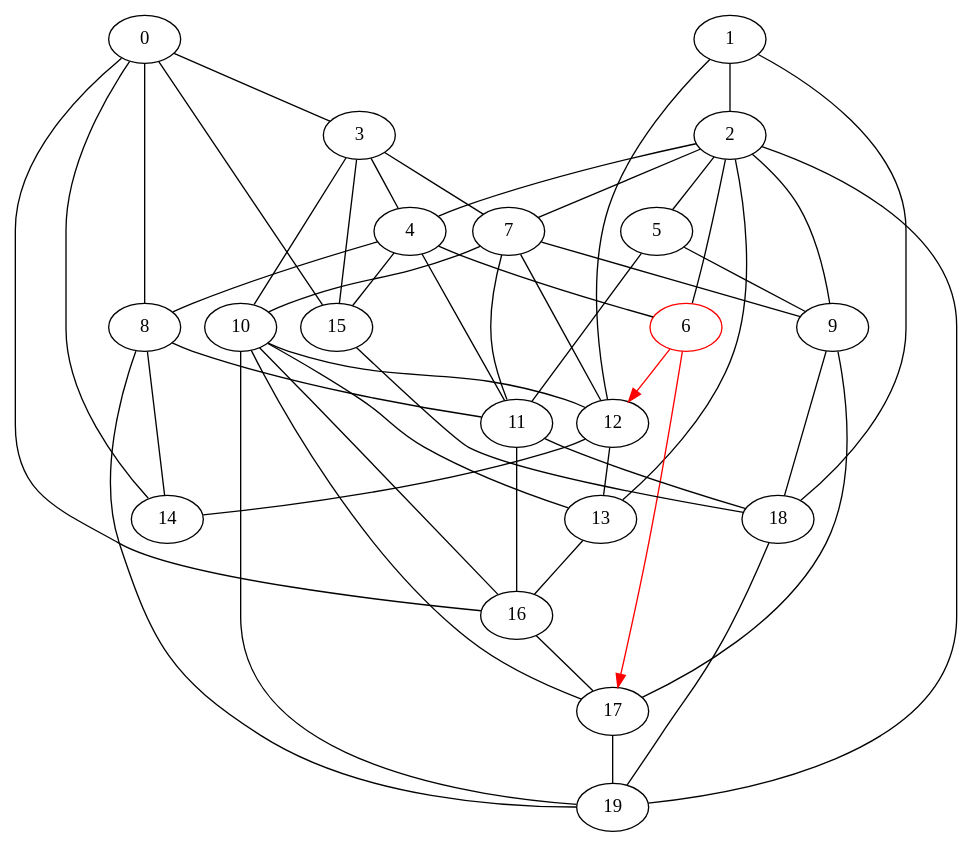
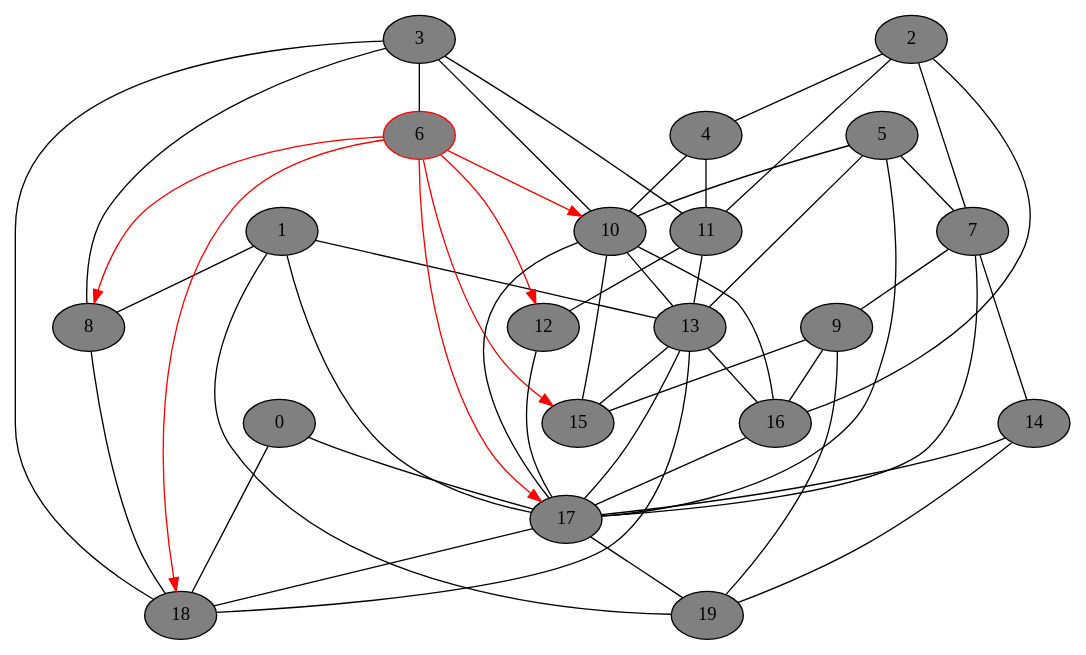
The diagram in gv_graphs/nxt0074.dot (DSMishler/EBA_models), drawn with Graphviz before and after one commit. The commit also changed 1043 other files, not shown here.

Commit message:
second set of graphs

```diff
--- a/gv_graphs/nxt0074.dot
+++ b/gv_graphs/nxt0074.dot
@@ -1,74 +1,74 @@
 // network test graph
 digraph
 {
-	0 [fillcolor=gray,style=shaded,]
-	1 [fillcolor=gray,style=shaded,]
-	2 [fillcolor=gray,style=shaded,]
-	3 [fillcolor=gray,style=shaded,]
-	4 [fillcolor=gray,style=shaded,]
-	5 [fillcolor=gray,style=shaded,]
-	6 [fillcolor=gray,style=shaded,color=red,]
-	7 [fillcolor=gray,style=shaded,]
-	8 [fillcolor=gray,style=shaded,]
-	9 [fillcolor=gray,style=shaded,]
-	10 [fillcolor=gray,style=shaded,]
-	11 [fillcolor=gray,style=shaded,]
-	12 [fillcolor=gray,style=shaded,]
-	13 [fillcolor=gray,style=shaded,]
-	14 [fillcolor=gray,style=shaded,]
-	15 [fillcolor=gray,style=shaded,]
-	16 [fillcolor=gray,style=shaded,]
-	17 [fillcolor=gray,style=shaded,]
-	18 [fillcolor=gray,style=shaded,]
-	19 [fillcolor=gray,style=shaded,]
-	0 -> 3 [dir=none]
-	0 -> 8 [dir=none]
-	0 -> 14 [dir=none]
-	0 -> 15 [dir=none]
-	0 -> 16 [dir=none]
-	1 -> 2 [dir=none]
-	1 -> 12 [dir=none]
-	1 -> 18 [dir=none]
+	0 [fillcolor=gray,style=filled,]
+	1 [fillcolor=gray,style=filled,]
+	2 [fillcolor=gray,style=filled,]
+	3 [fillcolor=gray,style=filled,]
+	4 [fillcolor=gray,style=filled,]
+	5 [fillcolor=gray,style=filled,]
+	6 [fillcolor=gray,style=filled,color=red,]
+	7 [fillcolor=gray,style=filled,]
+	8 [fillcolor=gray,style=filled,]
+	9 [fillcolor=gray,style=filled,]
+	10 [fillcolor=gray,style=filled,]
+	11 [fillcolor=gray,style=filled,]
+	12 [fillcolor=gray,style=filled,]
+	13 [fillcolor=gray,style=filled,]
+	14 [fillcolor=gray,style=filled,]
+	15 [fillcolor=gray,style=filled,]
+	16 [fillcolor=gray,style=filled,]
+	17 [fillcolor=gray,style=filled,]
+	18 [fillcolor=gray,style=filled,]
+	19 [fillcolor=gray,style=filled,]
+	0 -> 17 [dir=none]
+	0 -> 18 [dir=none]
+	1 -> 8 [dir=none]
+	1 -> 13 [dir=none]
+	1 -> 17 [dir=none]
+	1 -> 19 [dir=none]
 	2 -> 4 [dir=none]
-	2 -> 5 [dir=none]
-	2 -> 6 [dir=none]
 	2 -> 7 [dir=none]
-	2 -> 9 [dir=none]
-	2 -> 13 [dir=none]
-	2 -> 19 [dir=none]
-	3 -> 4 [dir=none]
-	3 -> 7 [dir=none]
+	2 -> 11 [dir=none]
+	2 -> 16 [dir=none]
+	3 -> 6 [dir=none]
+	3 -> 8 [dir=none]
 	3 -> 10 [dir=none]
-	3 -> 15 [dir=none]
-	4 -> 6 [dir=none]
-	4 -> 8 [dir=none]
+	3 -> 11 [dir=none]
+	3 -> 18 [dir=none]
+	4 -> 10 [dir=none]
 	4 -> 11 [dir=none]
-	4 -> 15 [dir=none]
-	5 -> 9 [dir=none]
-	5 -> 11 [dir=none]
+	5 -> 7 [dir=none]
+	5 -> 10 [dir=none]
+	5 -> 13 [dir=none]
+	5 -> 17 [dir=none]
+	6 -> 8 [dir=forward,color=red,]
+	6 -> 10 [dir=forward,color=red,]
 	6 -> 12 [dir=forward,color=red,]
+	6 -> 15 [dir=forward,color=red,]
 	6 -> 17 [dir=forward,color=red,]
+	6 -> 18 [dir=forward,color=red,]
 	7 -> 9 [dir=none]
-	7 -> 10 [dir=none]
-	7 -> 11 [dir=none]
-	7 -> 12 [dir=none]
-	8 -> 11 [dir=none]
-	8 -> 14 [dir=none]
-	8 -> 19 [dir=none]
-	9 -> 17 [dir=none]
-	9 -> 18 [dir=none]
-	10 -> 12 [dir=none]
+	7 -> 14 [dir=none]
+	7 -> 17 [dir=none]
+	8 -> 18 [dir=none]
+	9 -> 15 [dir=none]
+	9 -> 16 [dir=none]
+	9 -> 19 [dir=none]
 	10 -> 13 [dir=none]
+	10 -> 15 [dir=none]
 	10 -> 16 [dir=none]
 	10 -> 17 [dir=none]
-	10 -> 19 [dir=none]
-	11 -> 16 [dir=none]
-	11 -> 18 [dir=none]
-	12 -> 13 [dir=none]
-	12 -> 14 [dir=none]
+	11 -> 12 [dir=none]
+	11 -> 13 [dir=none]
+	12 -> 17 [dir=none]
+	13 -> 15 [dir=none]
 	13 -> 16 [dir=none]
-	15 -> 18 [dir=none]
+	13 -> 17 [dir=none]
+	13 -> 18 [dir=none]
+	14 -> 17 [dir=none]
+	14 -> 19 [dir=none]
 	16 -> 17 [dir=none]
+	17 -> 18 [dir=none]
 	17 -> 19 [dir=none]
-	18 -> 19 [dir=none]
 }
```
